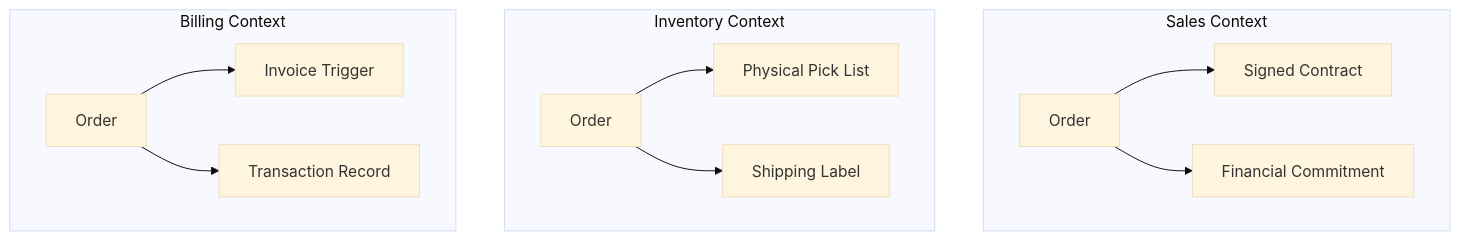
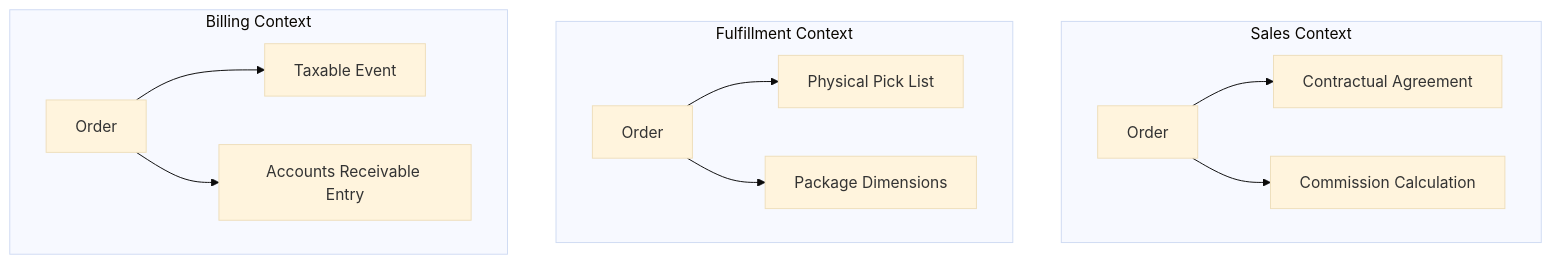
The diagram in docs/systems-thinking/bounded-context.md (vaishvanara/techwritingkb), drawn with Mermaid (base theme) before and after one commit. The commit also changed other lines of this file, not shown here.

````diff
--- a/docs/systems-thinking/bounded-context.md
+++ b/docs/systems-thinking/bounded-context.md
@@ -19,15 +21,15 @@
 ```mermaid
 graph TD
-    subgraph "Sales Context"
-    A[Order] --> B[Signed Contract]
-    A --> C[Financial Commitment]
+    subgraph Sales Context
+    A[Order] --> B[Contractual Agreement]
+    A --> C[Commission Calculation]
     end
-    subgraph "Inventory Context"
+    subgraph Fulfillment Context
     D[Order] --> E[Physical Pick List]
-    D --> F[Shipping Label]
+    D --> F[Package Dimensions]
     end
-    subgraph "Billing Context"
-    G[Order] --> H[Invoice Trigger]
-    G --> I[Transaction Record]
+    subgraph Billing Context
+    G[Order] --> H[Taxable Event]
+    G --> I[Accounts Receivable Entry]
     end
 ```
````
